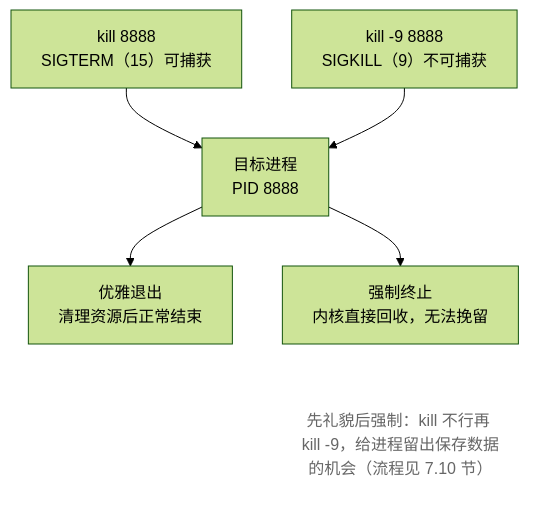
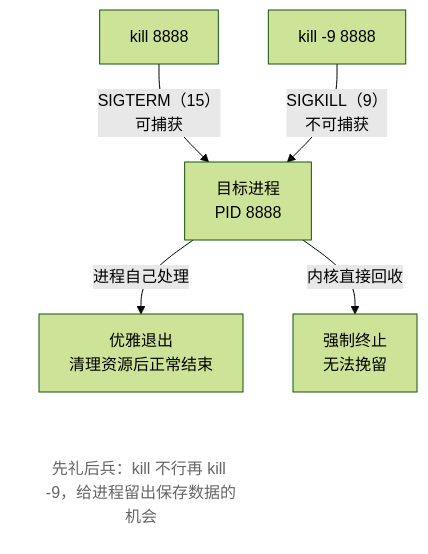
Before and after one commit to wangxiangnan/wangxiangnan.github.io: the third of 3 diagrams in src/linux-command/ch07.md, drawn with Mermaid (forest theme). The commit also changed other lines of this file and 25 other files, not shown here.

````diff
--- a/src/linux-command/ch07.md
+++ b/src/linux-command/ch07.md
@@ -429,13 +432,13 @@
 ```mermaid
 flowchart TB
-    A["kill 8888<br>SIGTERM（15）可捕获"] --> C["目标进程<br>PID 8888"]
-    B["kill -9 8888<br>SIGKILL（9）不可捕获"] --> C
-    C --> D["优雅退出<br>清理资源后正常结束"]
-    C --> E["强制终止<br>内核直接回收，无法挽留"]
-    N["先礼貌后强制：kill 不行再 kill -9，给进程留出保存数据的机会（流程见 7.10 节）"]
+    A["kill 8888"] -->|"SIGTERM（15）<br>可捕获"| C["目标进程<br>PID 8888"]
+    B["kill -9 8888"] -->|"SIGKILL（9）<br>不可捕获"| C
+    C -->|进程自己处理| D["优雅退出<br>清理资源后正常结束"]
+    C -->|内核直接回收| E["强制终止<br>无法挽留"]
+    N["先礼后兵：kill 不行再 kill -9，给进程留出保存数据的机会"]
 
-    E ~~~ N
+    D ~~~ N
 
     classDef note fill:none,stroke:none,color:#666
     class N note
 ```
````
